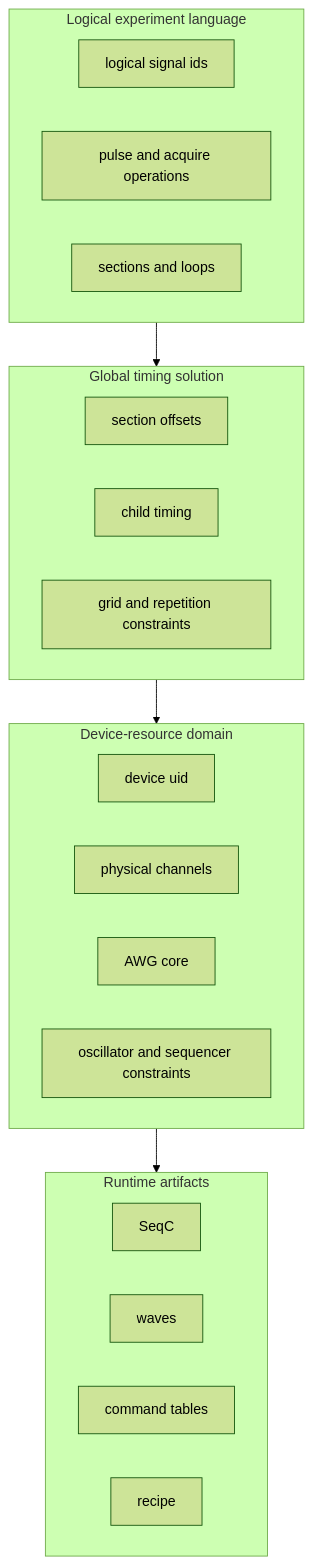
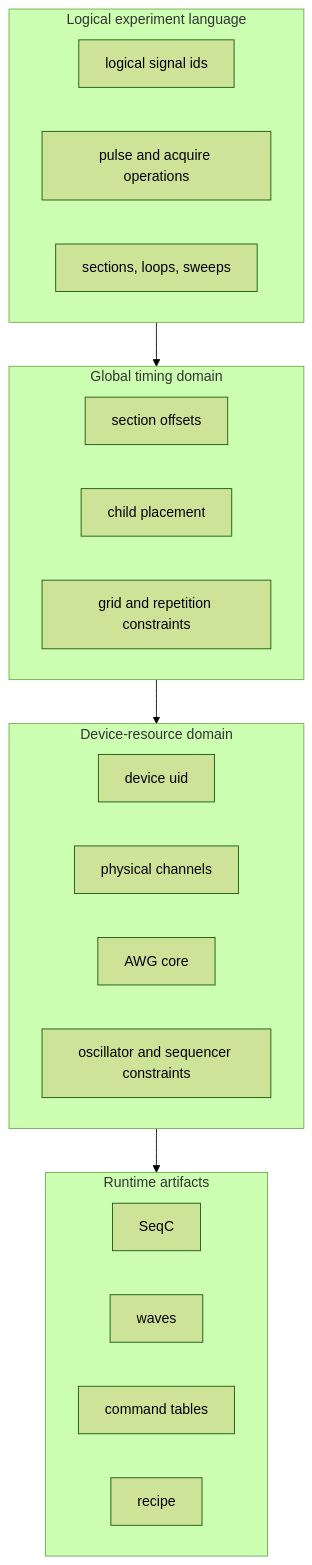
The second of 5 diagrams in docs/01-mental-model.md (brianzi/laboneq-devguide), drawn with Mermaid (forest theme) before and after one commit. The commit also changed other lines of this file and 8 other files, not shown here.

````diff
--- a/docs/01-mental-model.md
+++ b/docs/01-mental-model.md
@@ -15,26 +32,28 @@
 ```mermaid
 graph TD
     subgraph Logical[Logical experiment language]
-      L1[logical signal ids]
-      L2[pulse and acquire operations]
-      L3[sections and loops]
+        L1[logical signal ids]
+        L2[pulse and acquire operations]
+        L3[sections, loops, sweeps]
     end
-    subgraph Timed[Global timing solution]
-      S1[section offsets]
-      S2[child timing]
-      S3[grid and repetition constraints]
+    subgraph Timing[Global timing domain]
+        T1[section offsets]
+        T2[child placement]
+        T3[grid and repetition constraints]
     end
     subgraph Physical[Device-resource domain]
-      P1[device uid]
-      P2[physical channels]
-      P3[AWG core]
-      P4[oscillator and sequencer constraints]
+        P1[device uid]
+        P2[physical channels]
+        P3[AWG core]
+        P4[oscillator and sequencer constraints]
     end
     subgraph Artifacts[Runtime artifacts]
-      A1[SeqC]
-      A2[waves]
-      A3[command tables]
-      A4[recipe]
+        A1[SeqC]
+        A2[waves]
+        A3[command tables]
+        A4[recipe]
     end
-    Logical --> Timed --> Physical --> Artifacts
+    Logical --> Timing
+    Timing --> Physical
+    Physical --> Artifacts
 ```
````
